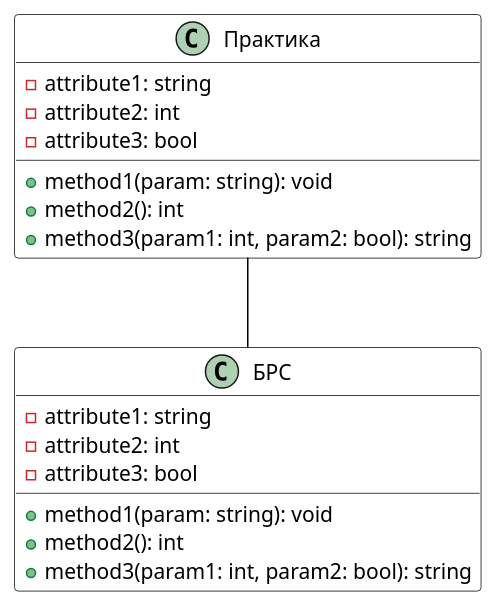
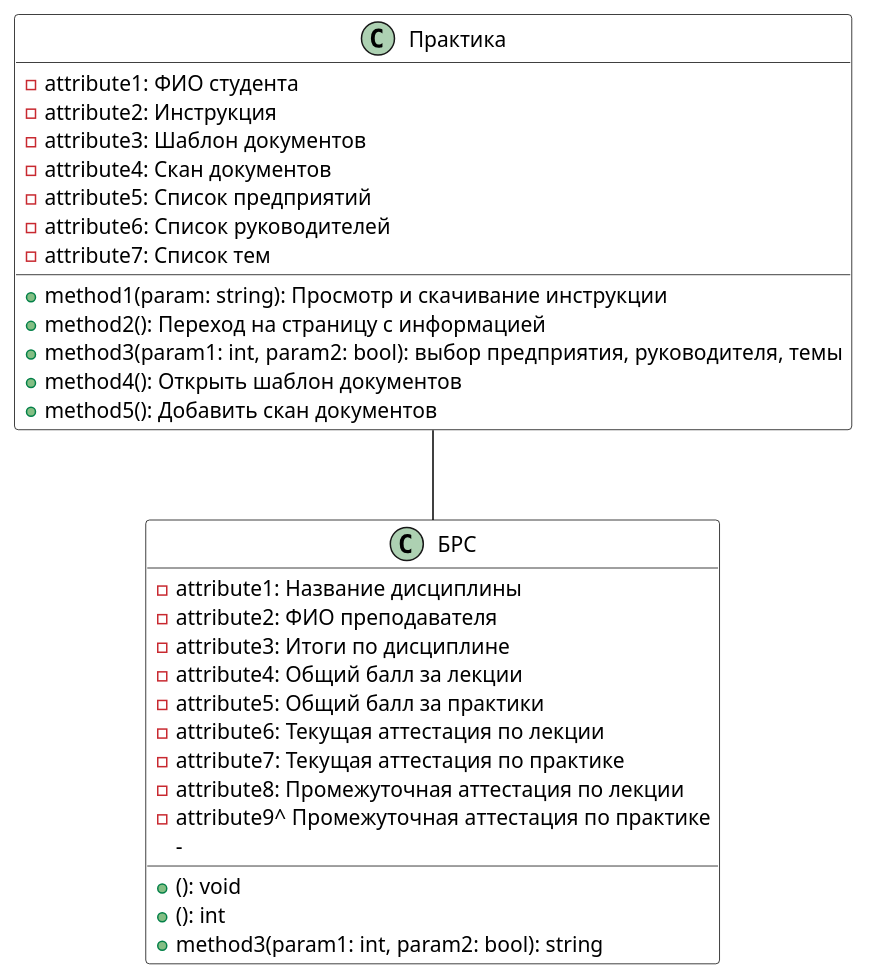
The diagram in test.puml (Lizajpg/git_1), drawn with PlantUML before and after one commit.

Commit message:
Dorabotka

```diff
--- a/test.puml
+++ b/test.puml
@@ -1,52 +1,64 @@
 @startuml
 
 ' Настройка стиля для прямоугольника
 skinparam class {
     BackgroundColor #FFF
     BorderColor #000
     ArrowColor #000
     FontName Arial
 }
 
 ' Класс с атрибутами и методами
 class "Практика" as MyClass {
   ' Атрибуты (поля класса)
-  - attribute1: string
-  - attribute2: int
-  - attribute3: bool
+  - attribute1: ФИО студента
+  - attribute2: Инструкция
+  - attribute3: Шаблон документов
+  - attribute4: Скан документов
+  - attribute5: Список предприятий
+  - attribute6: Список руководителей
+  - attribute7: Список тем
   ' Методы (функции класса)
-  + method1(param: string): void
-  + method2(): int
-  + method3(param1: int, param2: bool): string
+  + method1(param: string): Просмотр и скачивание инструкции
+  + method2(): Переход на страницу с информацией
+  + method3(param1: int, param2: bool): выбор предприятия, руководителя, темы
+  + method4(): Открыть шаблон документов
+  + method5(): Добавить скан документов
 }
 
 ' Можно добавить связь с другим классом (опционально)
 ' class AnotherClass
 ' MyClass --> AnotherClass : "использует"
 MyClass--BRS
 
 ' Настройка стиля для прямоугольника
 skinparam class {
     BackgroundColor #FFF
     BorderColor #000
     ArrowColor #000
     FontName Arial
 }
 
 ' Класс с атрибутами и методами
 class "БРС" as BRS {
   ' Атрибуты (поля класса)
-  - attribute1: string
-  - attribute2: int
-  - attribute3: bool
-
+  - attribute1: Название дисциплины
+  - attribute2: ФИО преподавателя
+  - attribute3: Итоги по дисциплине
+  - attribute4: Общий балл за лекции
+  - attribute5: Общий балл за практики
+  - attribute6: Текущая аттестация по лекции
+  - attribute7: Текущая аттестация по практике
+  - attribute8: Промежуточная аттестация по лекции
+  - attribute9^ Промежуточная аттестация по практике
+  - 
   ' Методы (функции класса)
-  + method1(param: string): void
-  + method2(): int
+  + (): void
+  +  (): int
   + method3(param1: int, param2: bool): string
 }
 ' Можно добавить связь с другим классом (опционально)
 ' class AnotherClass
 ' MyClass --> AnotherClass : "использует"
 
 @enduml
```
